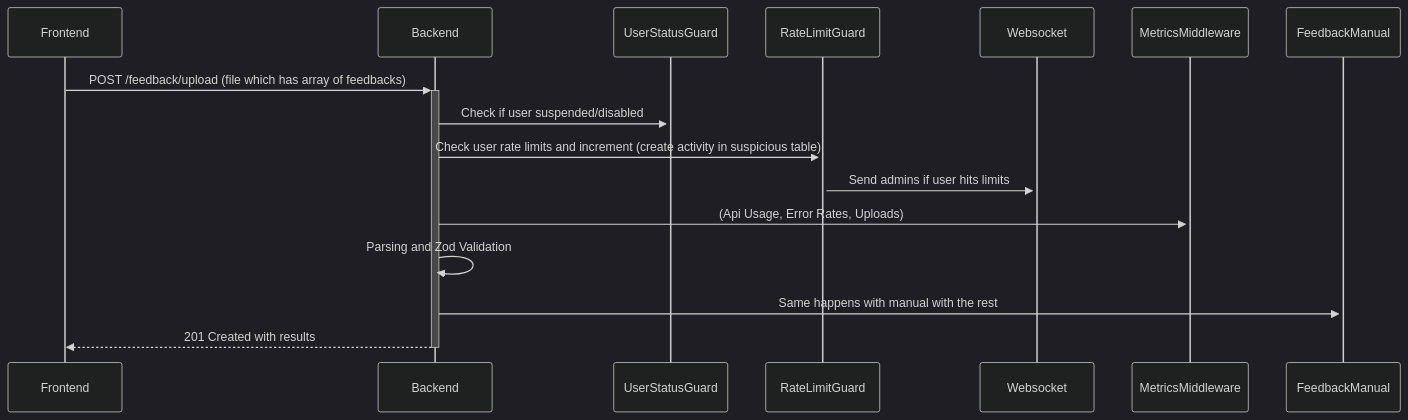
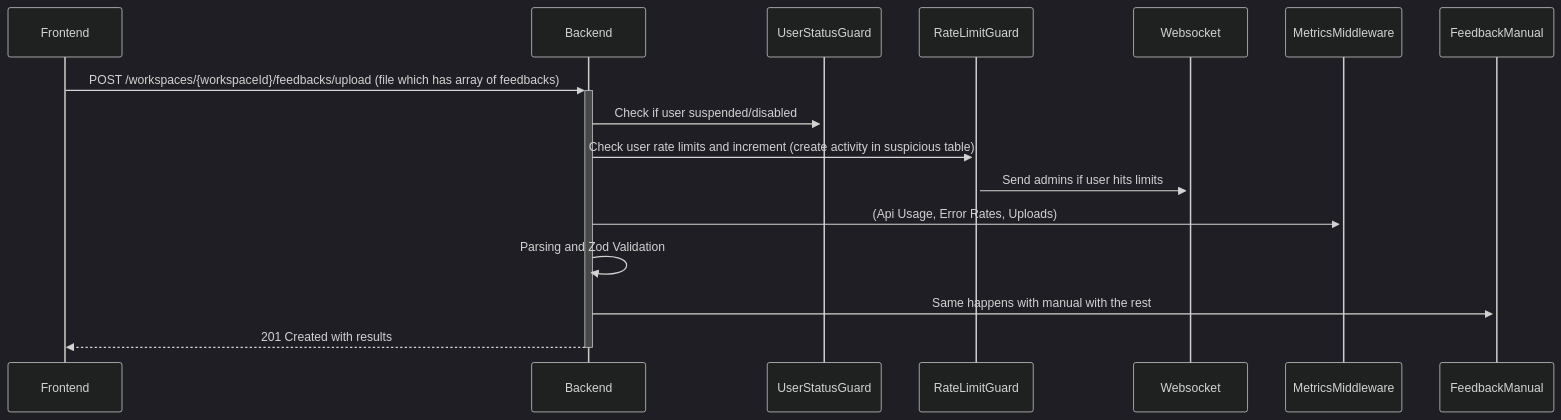
One commit to Xayrulloh/Feedback-Sentiment changed the fourth of 33 diagrams in README.md. Above: the diagram before and after it, drawn with Mermaid (dark theme). The commit also changed other lines of this file, not shown here.

````diff
--- a/README.md
+++ b/README.md
@@ -183,11 +183,11 @@
 ```mermaid
 sequenceDiagram
-    Frontend->>+Backend: POST /feedback/upload (file which has array of feedbacks)
+    Frontend->>+Backend: POST /workspaces/{workspaceId}/feedbacks/upload (file which has array of feedbacks)
     Backend->>+UserStatusGuard: Check if user suspended/disabled
     Backend->>+RateLimitGuard: Check user rate limits and increment (create activity in suspicious table)
     RateLimitGuard->>+Websocket: Send admins if user hits limits
     Backend->>+MetricsMiddleware: (Api Usage, Error Rates, Uploads)
     Backend->>Backend: Parsing and Zod Validation
     Backend->>+FeedbackManual: Same happens with manual with the rest
     Backend-->>-Frontend: 201 Created with results
 ```
````
